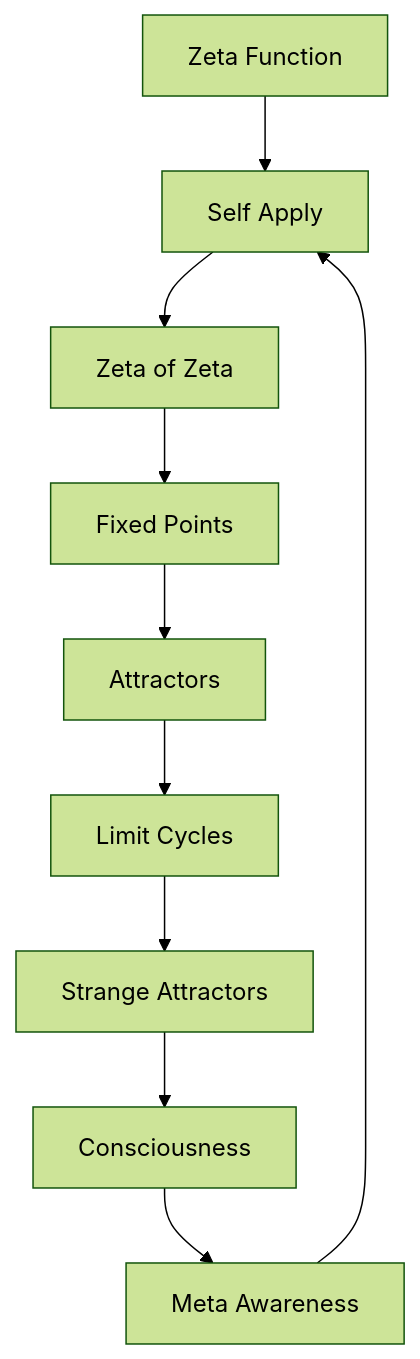
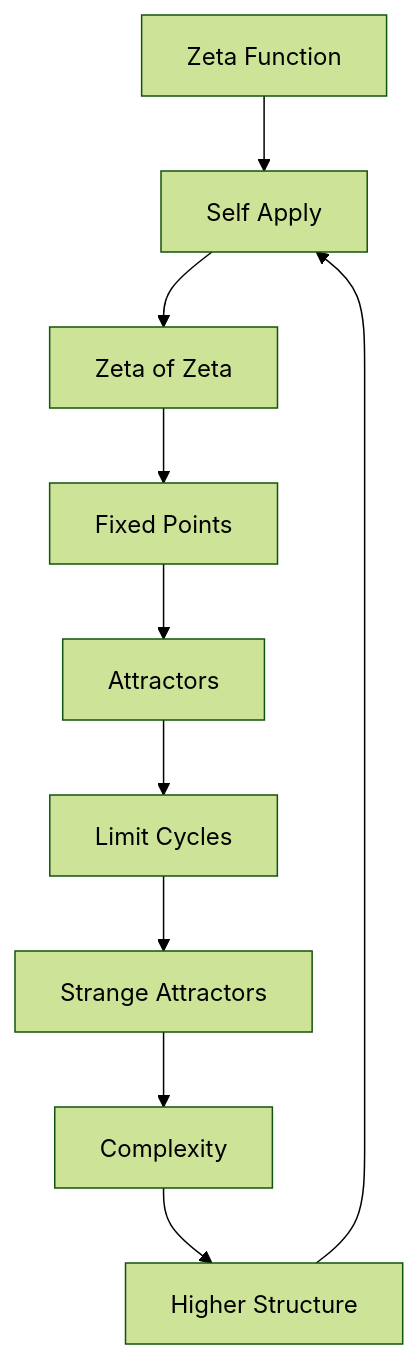
The first of 2 diagrams in docs/psi-structum/book-1-collapse-ontology/part-03-tensor-algebra/chapter-040-recursive-zeta-self-application.md (loning/the-phys), drawn with Mermaid (forest theme) before and after one commit. The commit also changed other lines of this file and 33 other files, not shown here.

````diff
--- a/docs/psi-structum/book-1-collapse-ontology/part-03-tensor-algebra/chapter-040-recursive-zeta-self-application.md
+++ b/docs/psi-structum/book-1-collapse-ontology/part-03-tensor-algebra/chapter-040-recursive-zeta-self-application.md
@@ -66,12 +66,12 @@
 ```mermaid
 graph TD
     A[Zeta Function] --> B[Self Apply]
     B --> C[Zeta of Zeta]
     C --> D[Fixed Points]
     D --> E[Attractors]
     E --> F[Limit Cycles]
     F --> G[Strange Attractors]
-    G --> H[Consciousness]
-    H --> I[Meta Awareness]
+    G --> H[Complexity]
+    H --> I[Higher Structure]
     I --> B
 ```
````
